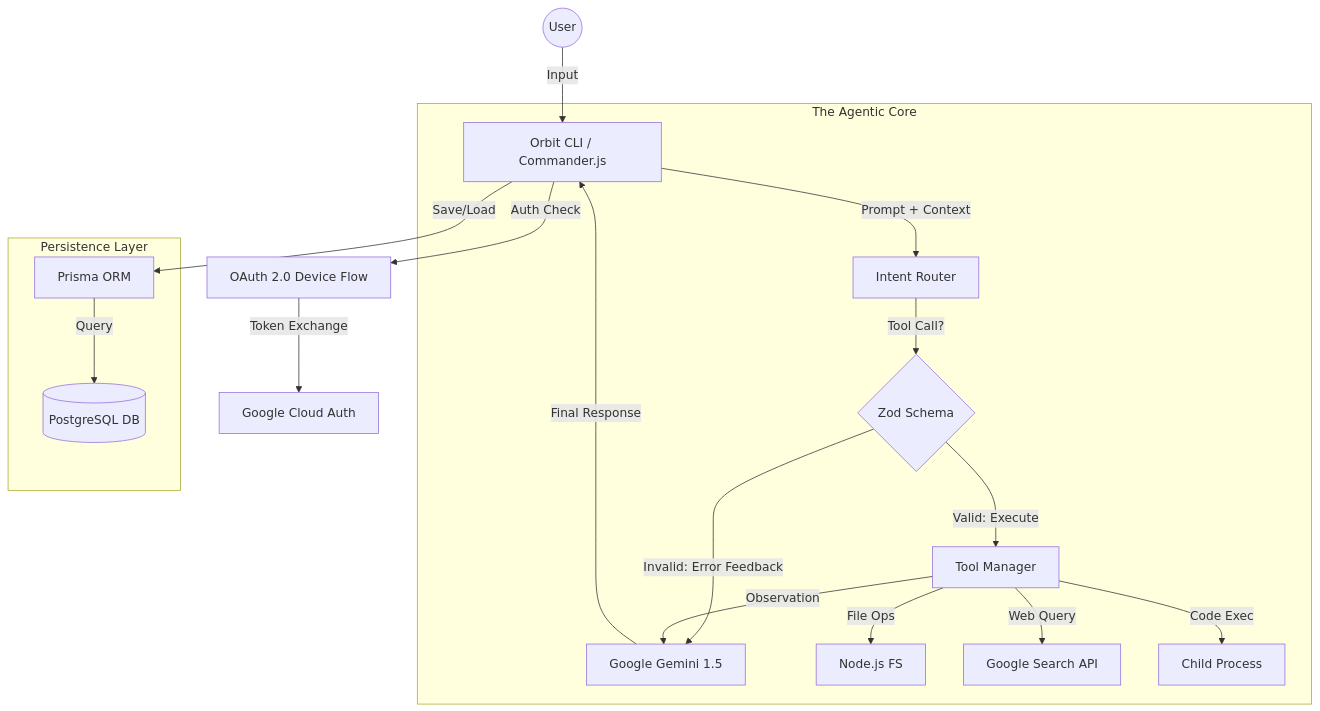
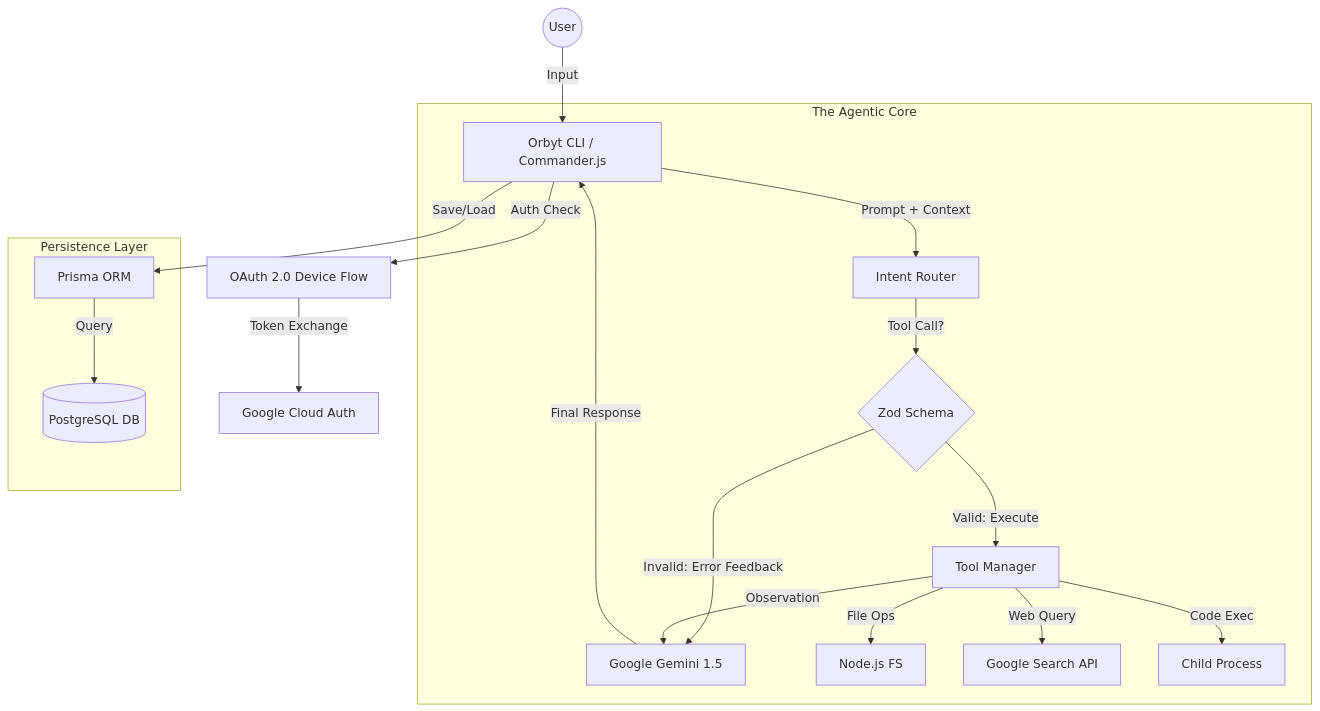
One commit to Ujjwal5705/Orbyt-CLI changed the first of 3 diagrams in README.md. Above: the diagram before and after it, drawn with Mermaid. The commit also changed other lines of this file, not shown here.

First line of the commit message:
orbyt update

````diff
--- a/README.md
+++ b/README.md
@@ -18,27 +18,27 @@
 ```mermaid
 graph TD
-    User((User)) -->|Input| CLI[Orbit CLI / Commander.js]
+    User((User)) -->|Input| CLI[Orbyt CLI / Commander.js]
     CLI -->|Auth Check| OAuth[OAuth 2.0 Device Flow]
     OAuth -->|Token Exchange| GCloud[Google Cloud Auth]
     
     subgraph "The Agentic Core"
         CLI -->|Prompt + Context| Router[Intent Router]
         Router -->|Tool Call?| Validation{Zod Schema}
         
         %% Validation Logic
         Validation -->|Invalid: Error Feedback| LLM[Google Gemini 1.5]
         Validation -->|Valid: Execute| Tools[Tool Manager]
         
         Tools -->|File Ops| FS[Node.js FS]
         Tools -->|Web Query| Search[Google Search API]
         Tools -->|Code Exec| Runtime[Child Process]
     end
 
     subgraph "Persistence Layer"
         CLI -->|Save/Load| Prisma[Prisma ORM]
         Prisma -->|Query| Postgres[(PostgreSQL DB)]
     end
 
     Tools -->|Observation| LLM
     LLM -->|Final Response| CLI
 ```
````
